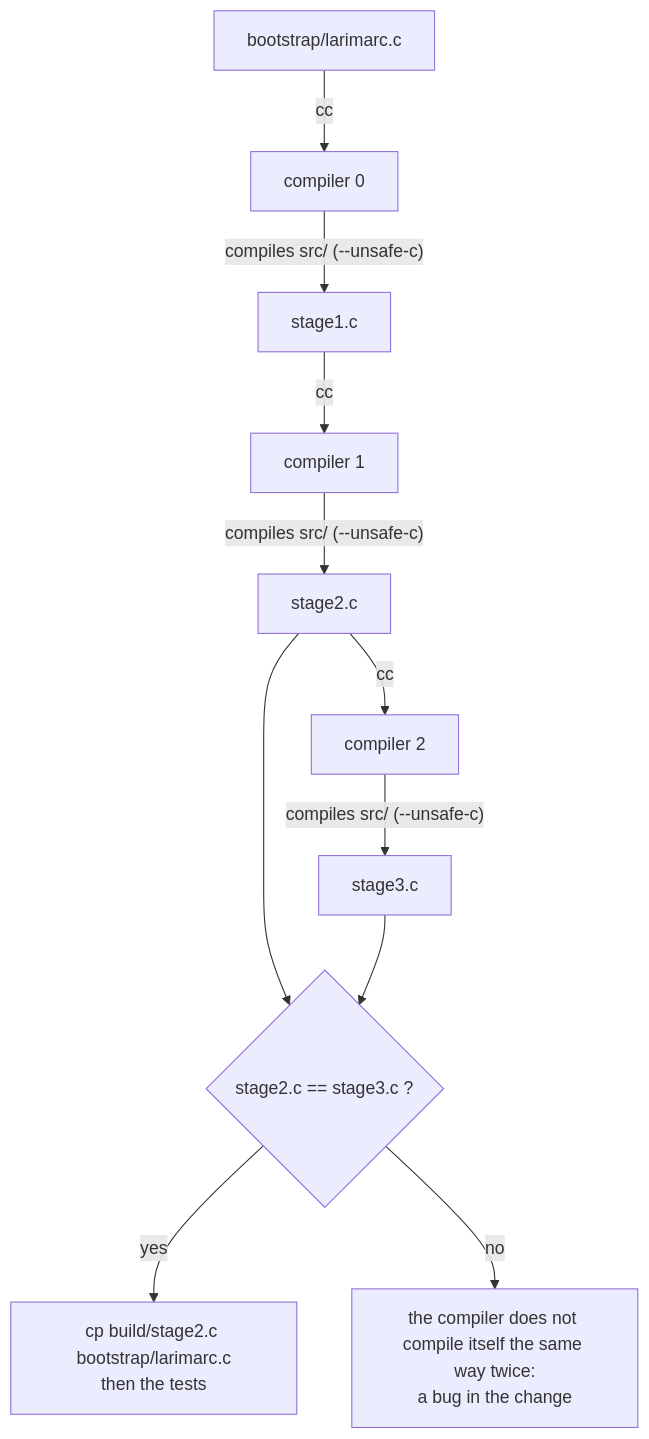
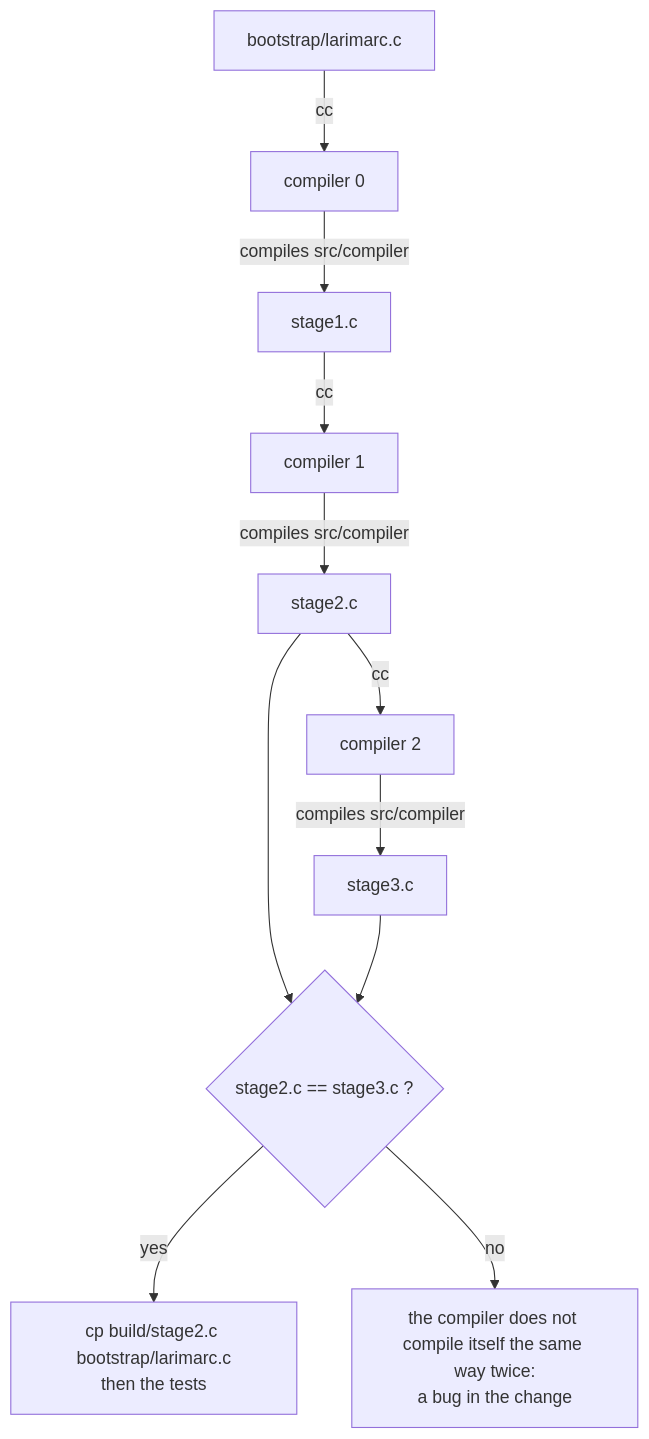
Before and after one commit to zerh/larimar: the fourth of 4 diagrams in CONTRIBUTING.md, drawn with Mermaid. The commit also changed other lines of this file and 263 other files, not shown here.

````diff
--- a/CONTRIBUTING.md
+++ b/CONTRIBUTING.md
@@ -139,11 +158,11 @@
 ```mermaid
 flowchart TB
     boot["bootstrap/larimarc.c"] -- cc --> c0["compiler 0"]
-    c0 -- "compiles src/ (--unsafe-c)" --> s1["stage1.c"] -- cc --> c1["compiler 1"]
-    c1 -- "compiles src/ (--unsafe-c)" --> s2["stage2.c"] -- cc --> c2["compiler 2"]
-    c2 -- "compiles src/ (--unsafe-c)" --> s3["stage3.c"]
+    c0 -- "compiles src/compiler" --> s1["stage1.c"] -- cc --> c1["compiler 1"]
+    c1 -- "compiles src/compiler" --> s2["stage2.c"] -- cc --> c2["compiler 2"]
+    c2 -- "compiles src/compiler" --> s3["stage3.c"]
     s2 --> same{"stage2.c == stage3.c ?"}
     s3 --> same
     same -- yes --> ok["cp build/stage2.c bootstrap/larimarc.c<br/>then the tests"]
     same -- no --> bad["the compiler does not compile itself the same way twice:<br/>a bug in the change"]
 ```
````
